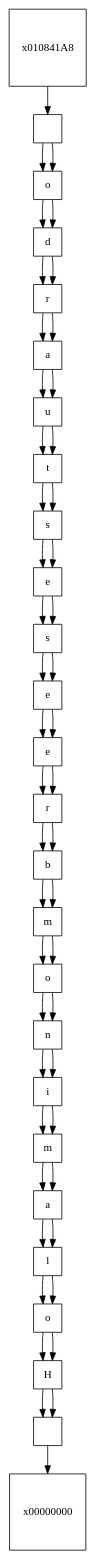
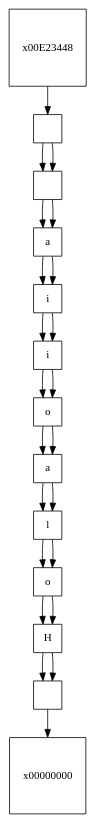
One commit to MEFM/EDD_1S2020_P1_201700371 changed the diagram in Grafica.dot. Above: the diagram before and after it, drawn with Graphviz. The commit also changed 26 other files, not shown here.

```diff
--- a/Grafica.dot
+++ b/Grafica.dot
@@ -1,77 +1,39 @@
 digraph{
 node[shape = square];
-x010842A8[label ="
+x00E22FC8[label ="
 "];
-x010842A8 ->x00000000;
-x01083D68 ->x010842A8;
-x01083D68[label ="H"];
-x01083D68 ->x010842A8;
-x01083FA8 ->x01083D68;
-x01083FA8[label ="o"];
-x01083FA8 ->x01083D68;
-x010841E8 ->x01083FA8;
-x010841E8[label ="l"];
-x010841E8 ->x01083FA8;
-x010842E8 ->x010841E8;
-x010842E8[label ="a"];
-x010842E8 ->x010841E8;
-x01083E68 ->x010842E8;
-x01083E68[label ="m"];
-x01083E68 ->x010842E8;
-x01083DE8 ->x01083E68;
-x01083DE8[label ="i"];
-x01083DE8 ->x01083E68;
-x01083F68 ->x01083DE8;
-x01083F68[label ="n"];
-x01083F68 ->x01083DE8;
-x01083E28 ->x01083F68;
-x01083E28[label ="o"];
-x01083E28 ->x01083F68;
-x01084228 ->x01083E28;
-x01084228[label ="m"];
-x01084228 ->x01083E28;
-x01084428 ->x01084228;
-x01084428[label ="b"];
-x01084428 ->x01084228;
-x01084368 ->x01084428;
-x01084368[label ="r"];
-x01084368 ->x01084428;
-x010840E8 ->x01084368;
-x010840E8[label ="e"];
-x010840E8 ->x01084368;
-x010840A8 ->x010840E8;
-x010840A8[label ="e"];
-x010840A8 ->x010840E8;
-x01083D28 ->x010840A8;
-x01083D28[label ="s"];
-x01083D28 ->x010840A8;
-x01083FE8 ->x01083D28;
-x01083FE8[label ="e"];
-x01083FE8 ->x01083D28;
-x01084068 ->x01083FE8;
-x01084068[label ="s"];
-x01084068 ->x01083FE8;
-x01083CE8 ->x01084068;
-x01083CE8[label ="t"];
-x01083CE8 ->x01084068;
-x01084328 ->x01083CE8;
-x01084328[label ="u"];
-x01084328 ->x01083CE8;
-x01084028 ->x01084328;
-x01084028[label ="a"];
-x01084028 ->x01084328;
-x01084128 ->x01084028;
-x01084128[label ="r"];
-x01084128 ->x01084028;
-x01083EA8 ->x01084128;
-x01083EA8[label ="d"];
-x01083EA8 ->x01084128;
-x01083EE8 ->x01083EA8;
-x01083EE8[label ="o"];
-x01083EE8 ->x01083EA8;
-x01084168 ->x01083EE8;
-x01084168[label ="
+x00E22FC8 ->x00000000;
+x00E23488 ->x00E22FC8;
+x00E23488[label ="H"];
+x00E23488 ->x00E22FC8;
+x00E22F88 ->x00E23488;
+x00E22F88[label ="o"];
+x00E22F88 ->x00E23488;
+x00E23288 ->x00E22F88;
+x00E23288[label ="l"];
+x00E23288 ->x00E22F88;
+x00E23548 ->x00E23288;
+x00E23548[label ="a"];
+x00E23548 ->x00E23288;
+x00E232C8 ->x00E23548;
+x00E232C8[label ="o"];
+x00E232C8 ->x00E23548;
+x00E23248 ->x00E232C8;
+x00E23248[label ="i"];
+x00E23248 ->x00E232C8;
+x00E235C8 ->x00E23248;
+x00E235C8[label ="i"];
+x00E235C8 ->x00E23248;
+x00E23108 ->x00E235C8;
+x00E23108[label ="a"];
+x00E23108 ->x00E235C8;
+x00E22F48 ->x00E23108;
+x00E22F48[label ="
 "];
-x01084168 ->x01083EE8;
-x010841A8 ->x01084168;
+x00E22F48 ->x00E23108;
+x00E23008 ->x00E22F48;
+x00E23008[label ="
+"];
+x00E23008 ->x00E22F48;
+x00E23448 ->x00E23008;
 }
```
